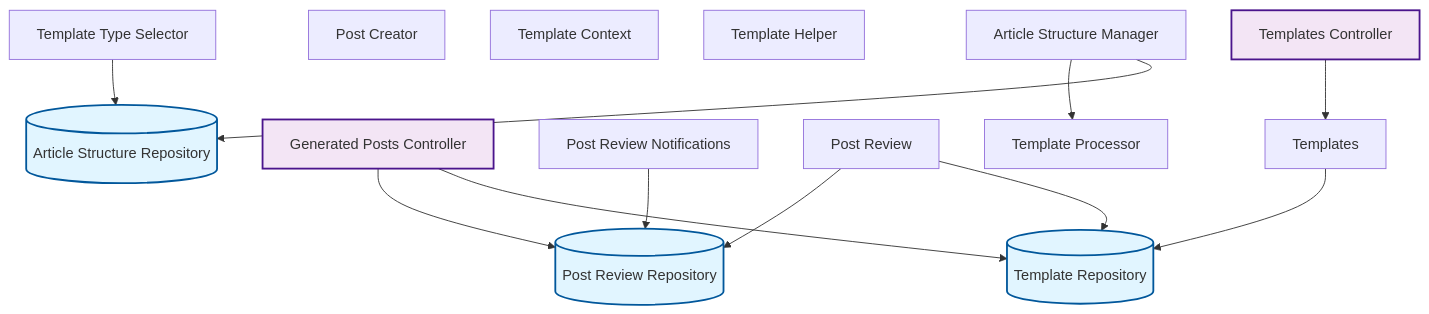
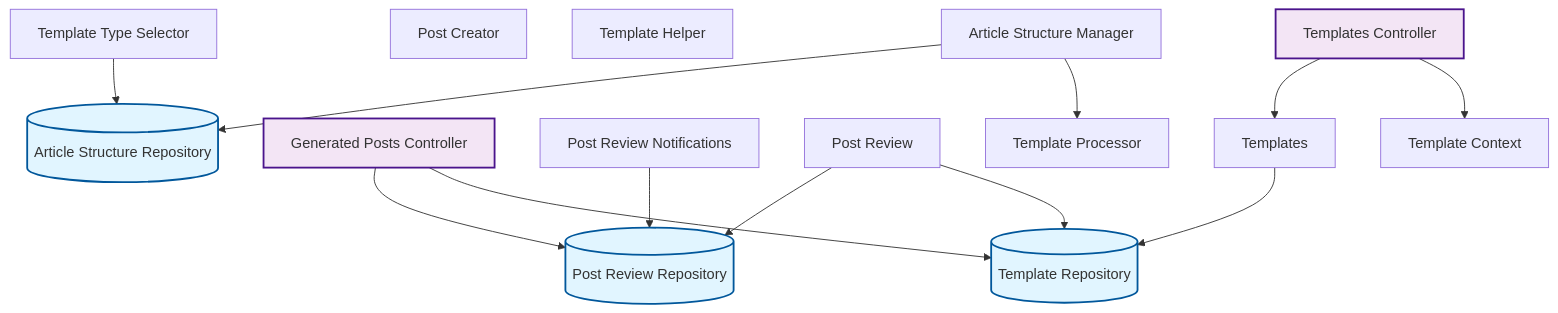
One commit to rpnunez/wp-ai-scheduler changed the fourth of 10 diagrams in docs/feature-report.md. Above: the diagram before and after it, drawn with Mermaid. The commit also changed other lines of this file, not shown here.

````diff
--- a/docs/feature-report.md
+++ b/docs/feature-report.md
@@ -178,36 +178,37 @@
 ```mermaid
 flowchart TD
     %% Content Management Architecture
 
     Article_Structure_Manager["Article Structure Manager"]
     Article_Structure_Repository[("Article Structure Repository")]
     Generated_Posts_Controller["Generated Posts Controller"]
     Post_Creator["Post Creator"]
     Post_Review_Notifications["Post Review Notifications"]
     Post_Review_Repository[("Post Review Repository")]
     Post_Review["Post Review"]
     Template_Context["Template Context"]
     Template_Helper["Template Helper"]
     Template_Processor["Template Processor"]
     Template_Repository[("Template Repository")]
     Template_Type_Selector["Template Type Selector"]
     Templates_Controller["Templates Controller"]
     Templates["Templates"]
 
+    Article_Structure_Manager --> Article_Structure_Repository
     Article_Structure_Manager --> Template_Processor
-    Article_Structure_Manager --> Article_Structure_Repository
     Generated_Posts_Controller --> Post_Review_Repository
     Generated_Posts_Controller --> Template_Repository
     Post_Review_Notifications --> Post_Review_Repository
     Post_Review --> Post_Review_Repository
     Post_Review --> Template_Repository
     Template_Type_Selector --> Article_Structure_Repository
     Templates_Controller --> Templates
+    Templates_Controller --> Template_Context
     Templates --> Template_Repository
 
     classDef repository fill:#e1f5ff,stroke:#01579b,stroke-width:2px
     classDef service fill:#fff3e0,stroke:#e65100,stroke-width:2px
     classDef controller fill:#f3e5f5,stroke:#4a148c,stroke-width:2px
     class Article_Structure_Repository,Post_Review_Repository,Template_Repository repository
     class Generated_Posts_Controller,Templates_Controller controller
 ```
````
